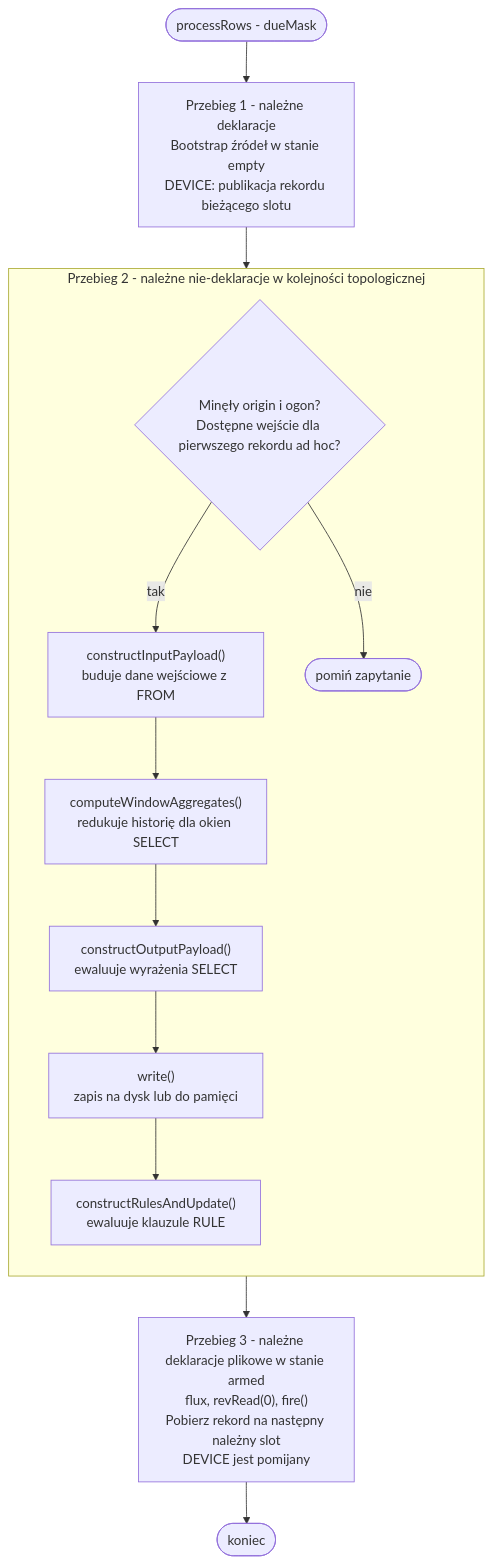
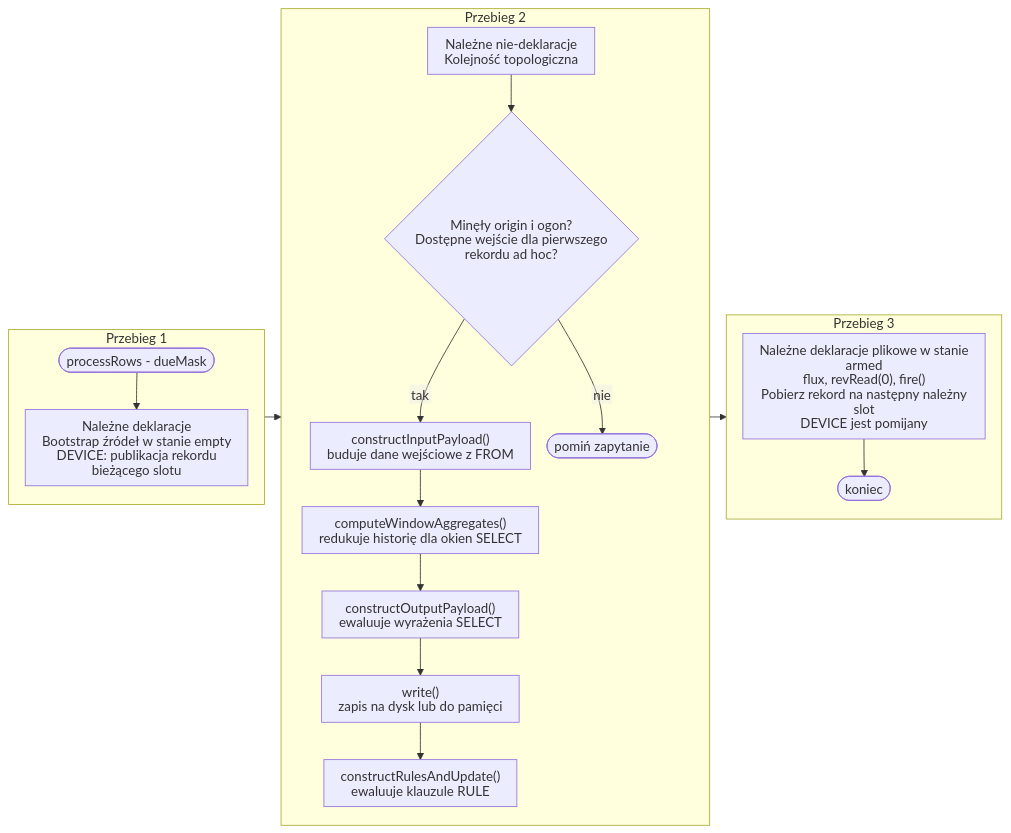
Before and after one commit to michalwidera/dokumentacja-rdb: the fourth of 6 diagrams in realizacja-zapytan/algorytm-przegladu-drzewa-zapytan.md, drawn with Mermaid. The commit also changed 2 other files, not shown here.

````diff
--- a/realizacja-zapytan/algorytm-przegladu-drzewa-zapytan.md
+++ b/realizacja-zapytan/algorytm-przegladu-drzewa-zapytan.md
@@ -148,20 +148,29 @@
 ```mermaid
-%%{init: {"markdownAutoWrap": false}}%%
-flowchart TB
-    S([processRows - dueMask]) --> P1
-    P1["Przebieg 1 - należne deklaracje<br/>Bootstrap źródeł w stanie empty<br/>DEVICE: publikacja rekordu bieżącego slotu"] --> P2
+%% pdf-width: 100%
+%% pdf-height: 85%
+%%{init: {"htmlLabels": false, "flowchart": {"wrappingWidth": 260, "nodeSpacing": 20, "rankSpacing": 20, "padding": 10}}}%%
+flowchart LR
+    subgraph P1["Przebieg 1"]
+        direction TB
+        S([processRows - dueMask]) --> D
+        D["Należne deklaracje<br/>Bootstrap źródeł w stanie empty<br/>DEVICE: publikacja rekordu bieżącego slotu"]
+    end
 
-    subgraph P2["Przebieg 2 - należne nie-deklaracje w kolejności topologicznej"]
+    subgraph P2["Przebieg 2"]
         direction TB
+        N["Należne nie-deklaracje<br/>Kolejność topologiczna"] --> X0
         X0{"Minęły origin i ogon?<br/>Dostępne wejście dla pierwszego rekordu ad hoc?"} -->|tak| X1
         X0 -->|nie| X5([pomiń zapytanie])
         X1["constructInputPayload()<br/>buduje dane wejściowe z FROM"] --> XW
         XW["computeWindowAggregates()<br/>redukuje historię dla okien SELECT"] --> X2
         X2["constructOutputPayload()<br/>ewaluuje wyrażenia SELECT"] --> X3
         X3["write()<br/>zapis na dysk lub do pamięci"] --> X4
         X4["constructRulesAndUpdate()<br/>ewaluuje klauzule RULE"]
     end
 
-    P2 --> P3
-    P3["Przebieg 3 - należne deklaracje plikowe w stanie armed<br/>flux, revRead(0), fire()<br/>Pobierz rekord na następny należny slot<br/>DEVICE jest pomijany"] --> E([koniec])
+    subgraph P3["Przebieg 3"]
+        direction TB
+        F["Należne deklaracje plikowe w stanie armed<br/>flux, revRead(0), fire()<br/>Pobierz rekord na następny należny slot<br/>DEVICE jest pomijany"] --> E([koniec])
+    end
+    P1 --> P2 --> P3
 ```
````
